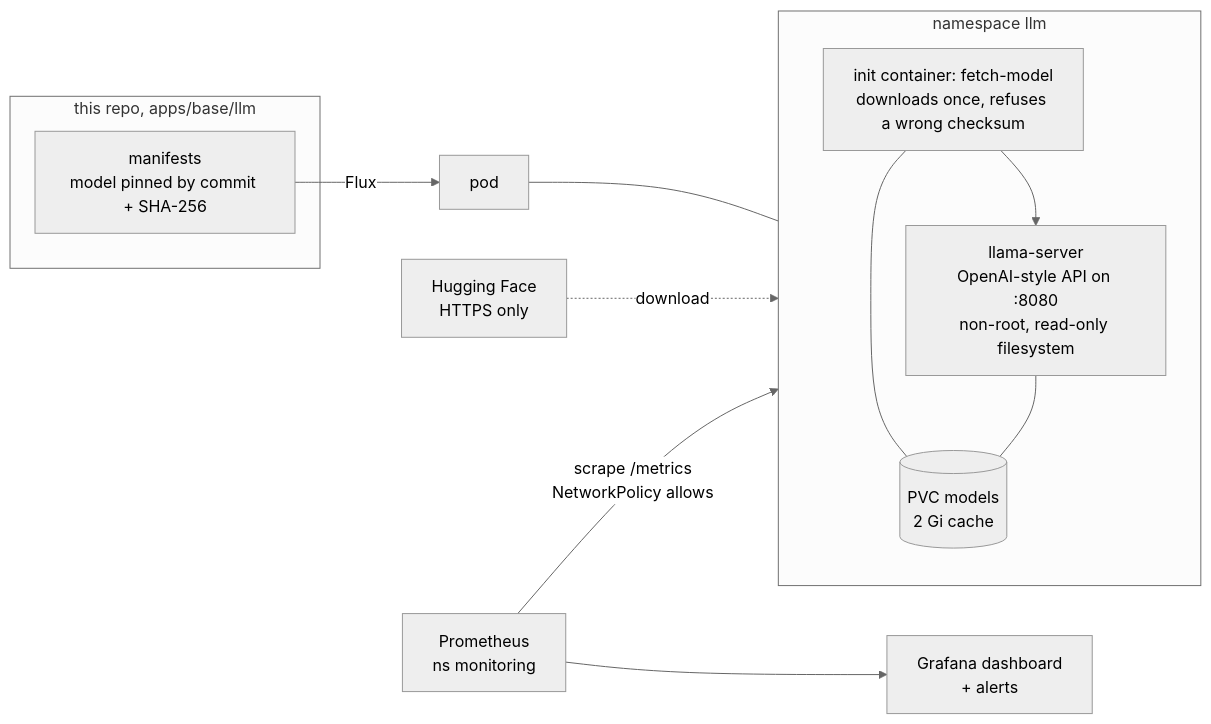
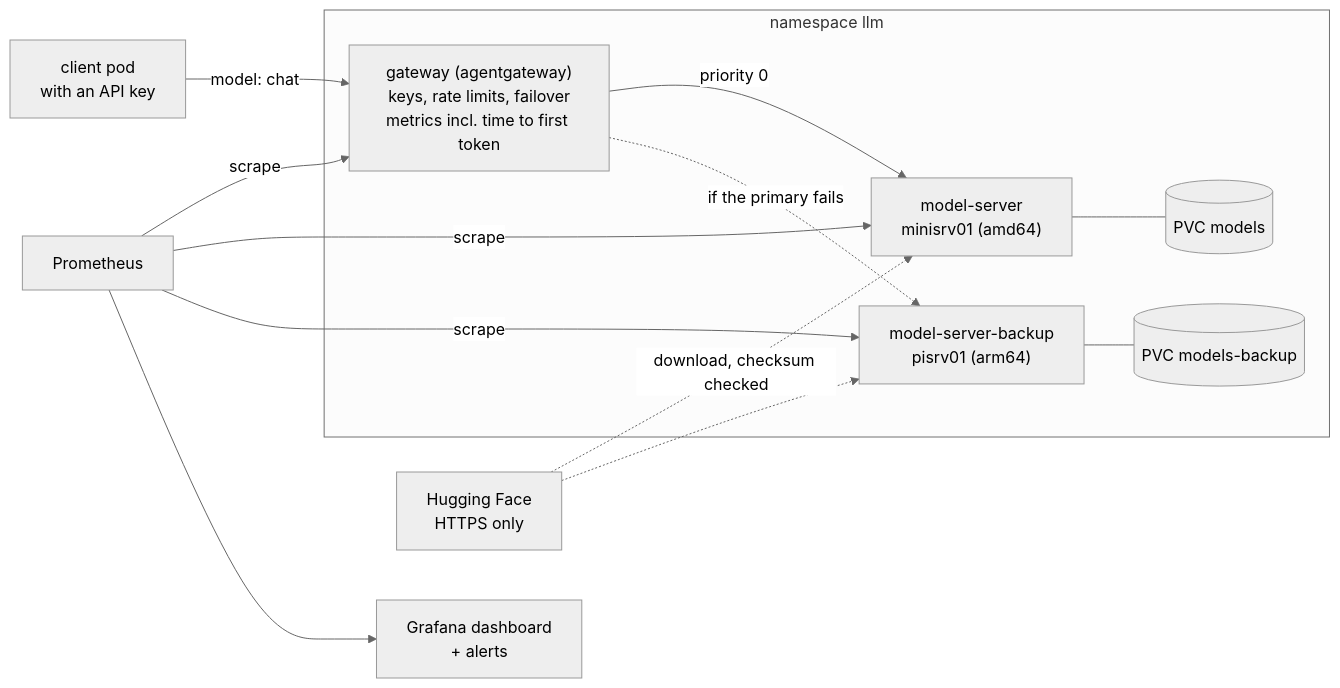
Before and after one commit to turpinator-x/homelab: the diagram in docs/llm.md, drawn with Mermaid (neutral theme). The commit also changed other lines of this file and 15 other files, not shown here.

First line of the commit message:
feat(llm): gateway and backup model server (P1 phase 2) (#24)

````diff
--- a/docs/llm.md
+++ b/docs/llm.md
@@ -11,18 +11,17 @@
 ```mermaid
 flowchart LR
-    subgraph Git["this repo, apps/base/llm"]
-      K["manifests<br>model pinned by commit + SHA-256"]
+    C["client pod<br>with an API key"] -- "model: chat" --> GW
+    subgraph NS["namespace llm"]
+      GW["gateway (agentgateway)<br>keys, rate limits, failover<br>metrics incl. time to first token"]
+      GW -- "priority 0" --> A["model-server<br>minisrv01 (amd64)"]
+      GW -. "if the primary fails" .-> B["model-server-backup<br>pisrv01 (arm64)"]
+      A --- VA[("PVC models")]
+      B --- VB[("PVC models-backup")]
     end
-    K -- Flux --> P
-    subgraph NS["namespace llm"]
-      direction TB
-      I["init container: fetch-model<br>downloads once, refuses a wrong checksum"] --> S["llama-server<br>OpenAI-style API on :8080<br>non-root, read-only filesystem"]
-      V[("PVC models<br>2 Gi cache")]
-      I --- V
-      S --- V
-    end
-    P["pod"] --- NS
-    HF["Hugging Face<br>HTTPS only"] -. download .-> I
-    PR["Prometheus<br>ns monitoring"] -- "scrape /metrics<br>NetworkPolicy allows" --> S
+    HF["Hugging Face<br>HTTPS only"] -. "download, checksum checked" .-> A
+    HF -.-> B
+    PR["Prometheus"] -- scrape --> GW
+    PR -- scrape --> A
+    PR -- scrape --> B
     PR --> G["Grafana dashboard<br>+ alerts"]
 ```
````
